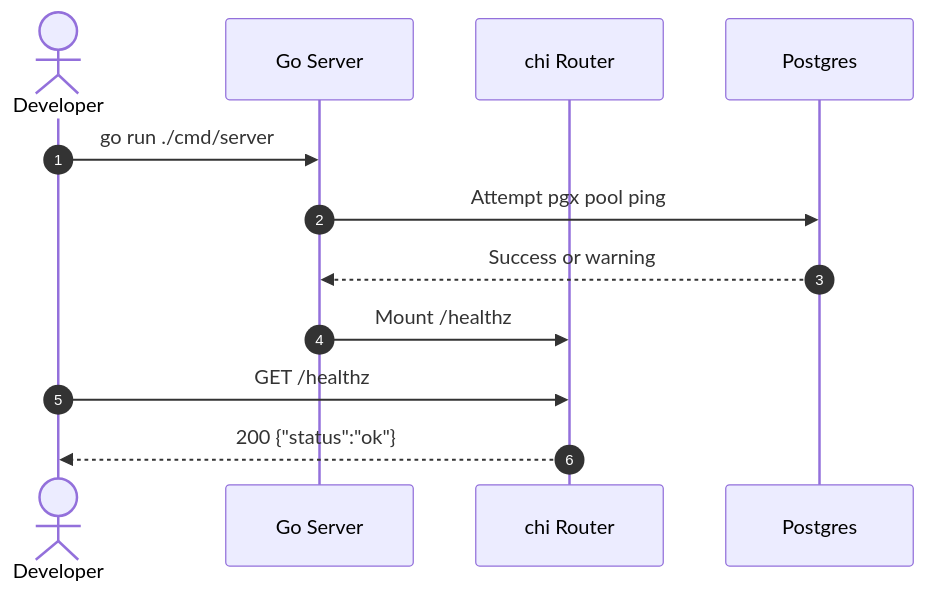
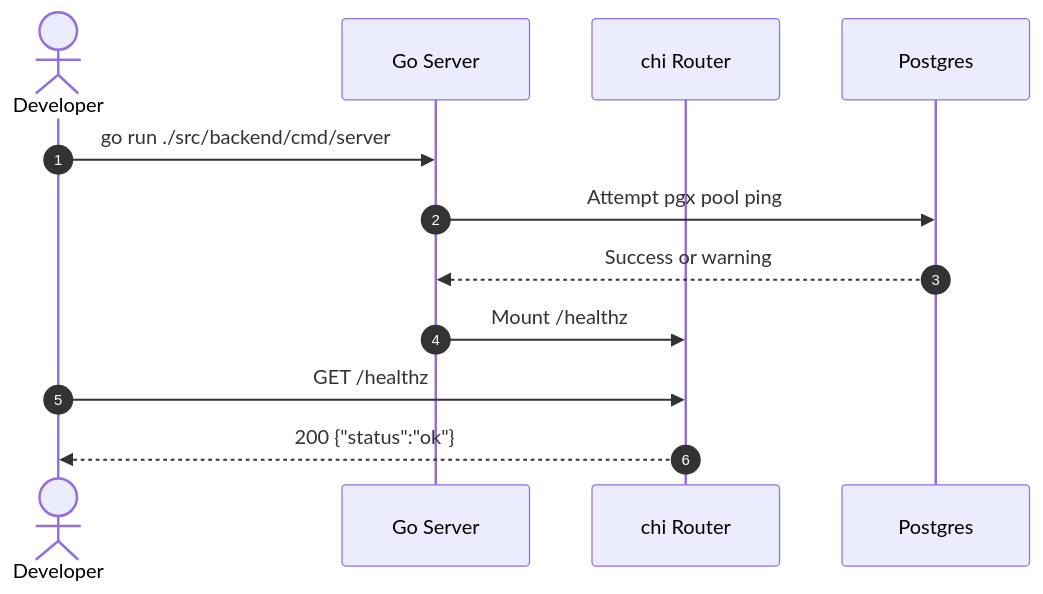
One commit to dungxbuif/whiteboard changed the diagram in docs/stories/phase-01/EXC-001/EXC-001-design.md. Above: the diagram before and after it, drawn with Mermaid. The commit also changed other lines of this file and 182 other files, not shown here.

````diff
--- a/docs/stories/phase-01/EXC-001/EXC-001-design.md
+++ b/docs/stories/phase-01/EXC-001/EXC-001-design.md
@@ -38,15 +38,15 @@
 ```mermaid
 sequenceDiagram
     autonumber
     actor Developer
     participant Server as Go Server
     participant Router as chi Router
     participant DB as Postgres
 
-    Developer->>Server: go run ./cmd/server
+    Developer->>Server: go run ./src/backend/cmd/server
     Server->>DB: Attempt pgx pool ping
     DB-->>Server: Success or warning
     Server->>Router: Mount /healthz
     Developer->>Router: GET /healthz
     Router-->>Developer: 200 {"status":"ok"}
 ```
````
